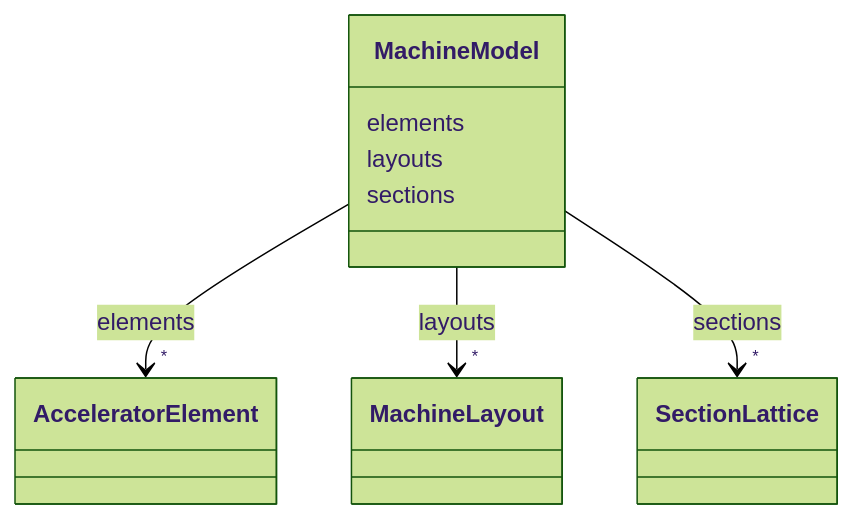
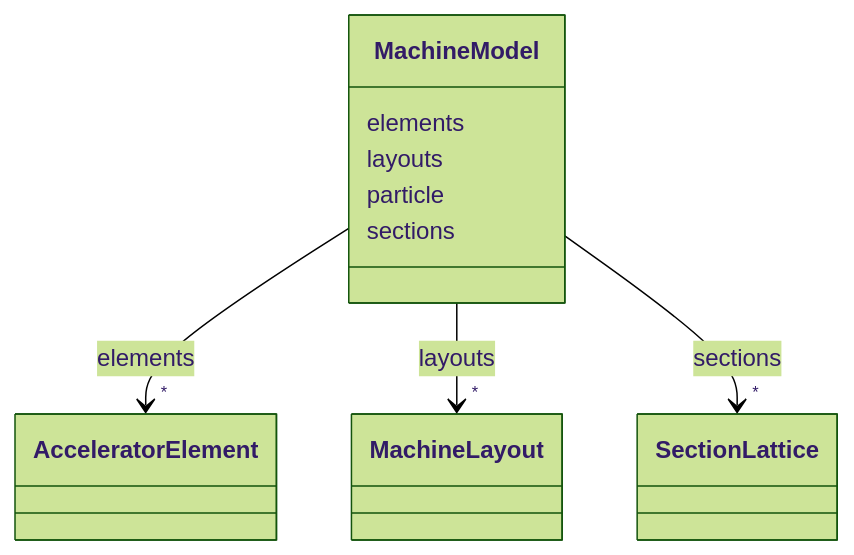
One commit to astec-stfc/laura changed the diagram in docs/source/schema/MachineModel.md. Above: the diagram before and after it, drawn with Mermaid (forest theme). The commit also changed other lines of this file and 26 other files, not shown here.

Commit message:
added particle/geometry to section/layout/model, ensure that elementlist classes inherit from their bases, added features to bmad importer

````diff
--- a/docs/source/schema/MachineModel.md
+++ b/docs/source/schema/MachineModel.md
@@ -18,39 +18,41 @@
 ```mermaid
  classDiagram
     class MachineModel
     click MachineModel href "../MachineModel/"
       MachineModel : elements
         
           
     
         
         
         MachineModel --> "*" AcceleratorElement : elements
         click AcceleratorElement href "../AcceleratorElement/"
     
 
         
       MachineModel : layouts
         
           
     
         
         
         MachineModel --> "*" MachineLayout : layouts
         click MachineLayout href "../MachineLayout/"
     
 
         
+      MachineModel : particle
+        
       MachineModel : sections
         
           
     
         
         
         MachineModel --> "*" SectionLattice : sections
         click SectionLattice href "../SectionLattice/"
     
 
         
       
 ```
````
